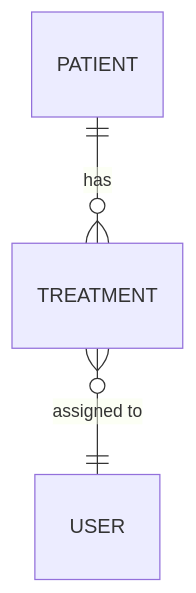
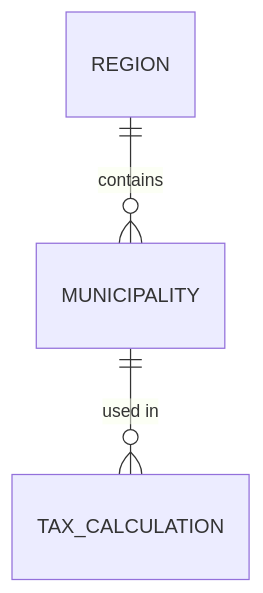
One commit to CarlssonOscar/netto-vue-frontend changed the second of 4 diagrams in .github/master-prompt-documentation.md. Above: the diagram before and after it, drawn with Mermaid. The commit also changed other lines of this file and 5 other files, not shown here.

````diff
--- a/.github/master-prompt-documentation.md
+++ b/.github/master-prompt-documentation.md
@@ -288,5 +290,5 @@
 ```mermaid
 erDiagram
-    PATIENT ||--o{ TREATMENT : has
-    TREATMENT }o--|| USER : "assigned to"
+    REGION ||--o{ MUNICIPALITY : contains
+    MUNICIPALITY ||--o{ TAX_CALCULATION : "used in"
 ```
````
